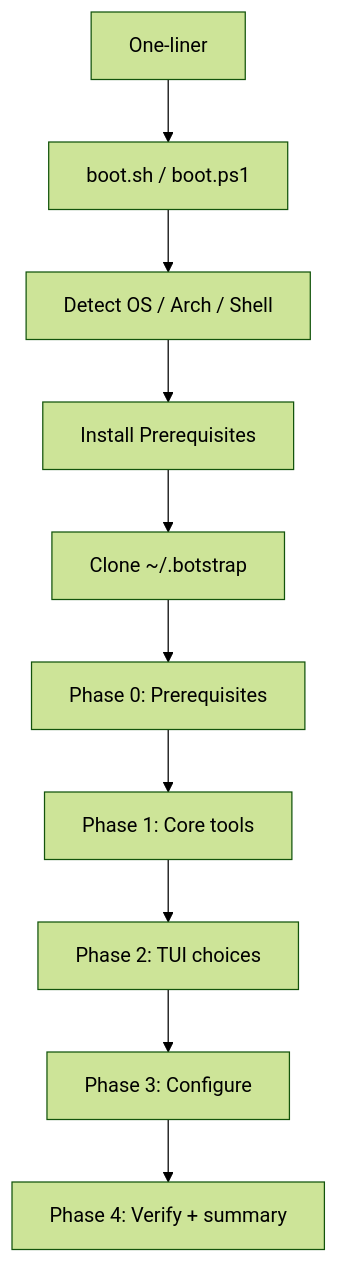
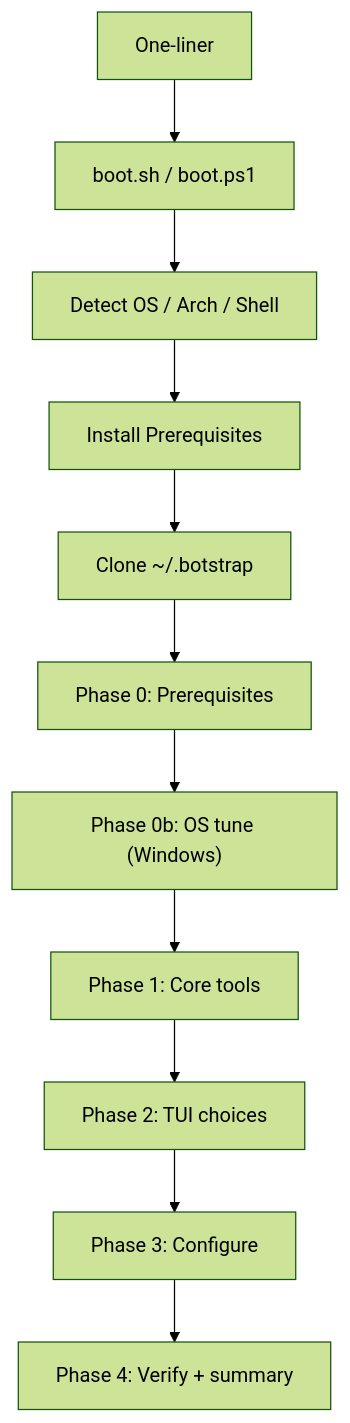
Before and after one commit to an-lee/botstrap: the diagram in docs/ARCHITECTURE.md, drawn with Mermaid (forest theme). The commit also changed other lines of this file and 8 other files, not shown here.

First line of the commit message:
feat(windows): add OS developer tuning (Phase 0b)

````diff
--- a/docs/ARCHITECTURE.md
+++ b/docs/ARCHITECTURE.md
@@ -55,12 +55,13 @@
 ```mermaid
 flowchart TD
     A[One-liner] --> B[boot.sh / boot.ps1]
     B --> C[Detect OS / Arch / Shell]
     C --> D[Install Prerequisites]
     D --> E[Clone ~/.botstrap]
     E --> F[Phase 0: Prerequisites]
-    F --> G[Phase 1: Core tools]
+    F --> F0["Phase 0b: OS tune (Windows)"]
+    F0 --> G[Phase 1: Core tools]
     G --> H[Phase 2: TUI choices]
     H --> I[Phase 3: Configure]
     I --> J[Phase 4: Verify + summary]
 ```
````
